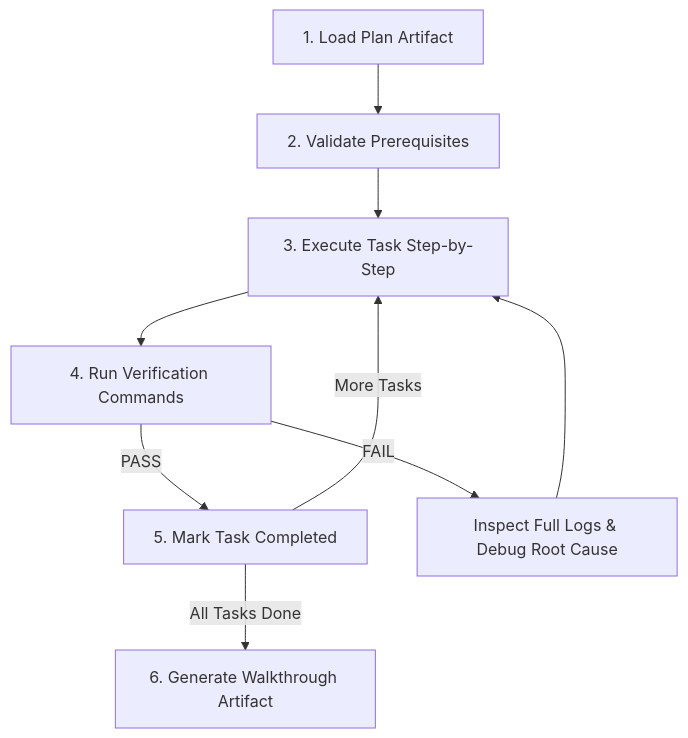
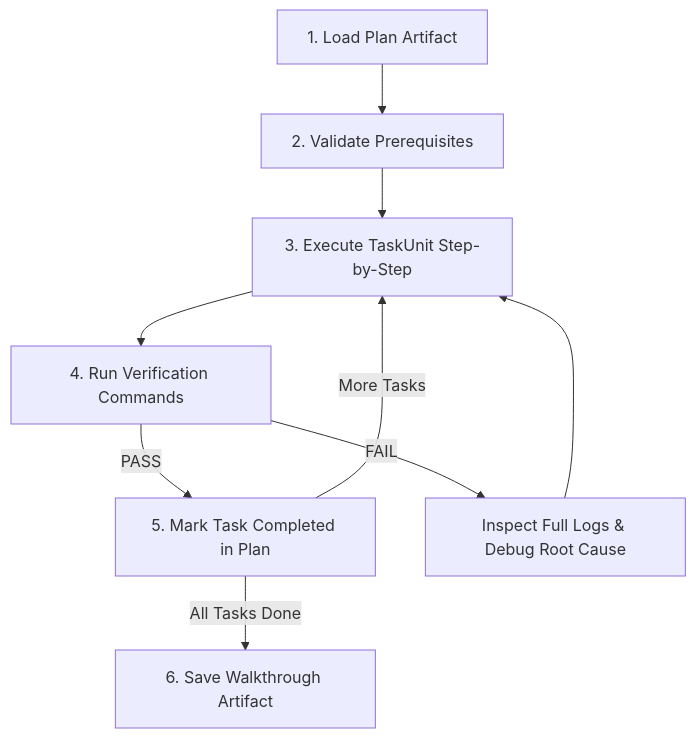
The diagram in skills/executing-plans/SKILL.md (MaiTheHao/c4f-opencode-config), drawn with Mermaid before and after one commit. The commit also changed other lines of this file and 13 other files, not shown here.

````diff
--- a/skills/executing-plans/SKILL.md
+++ b/skills/executing-plans/SKILL.md
@@ -14,11 +14,11 @@
 ```mermaid
 graph TD
     A[1. Load Plan Artifact] --> B[2. Validate Prerequisites]
-    B --> C[3. Execute Task Step-by-Step]
+    B --> C[3. Execute TaskUnit Step-by-Step]
     C --> D[4. Run Verification Commands]
-    D -->|PASS| E[5. Mark Task Completed]
+    D -->|PASS| E[5. Mark Task Completed in Plan]
     D -->|FAIL| F[Inspect Full Logs & Debug Root Cause]
     F --> C
     E -->|More Tasks| C
-    E -->|All Tasks Done| G[6. Generate Walkthrough Artifact]
+    E -->|All Tasks Done| G[6. Save Walkthrough Artifact]
 ```
````
